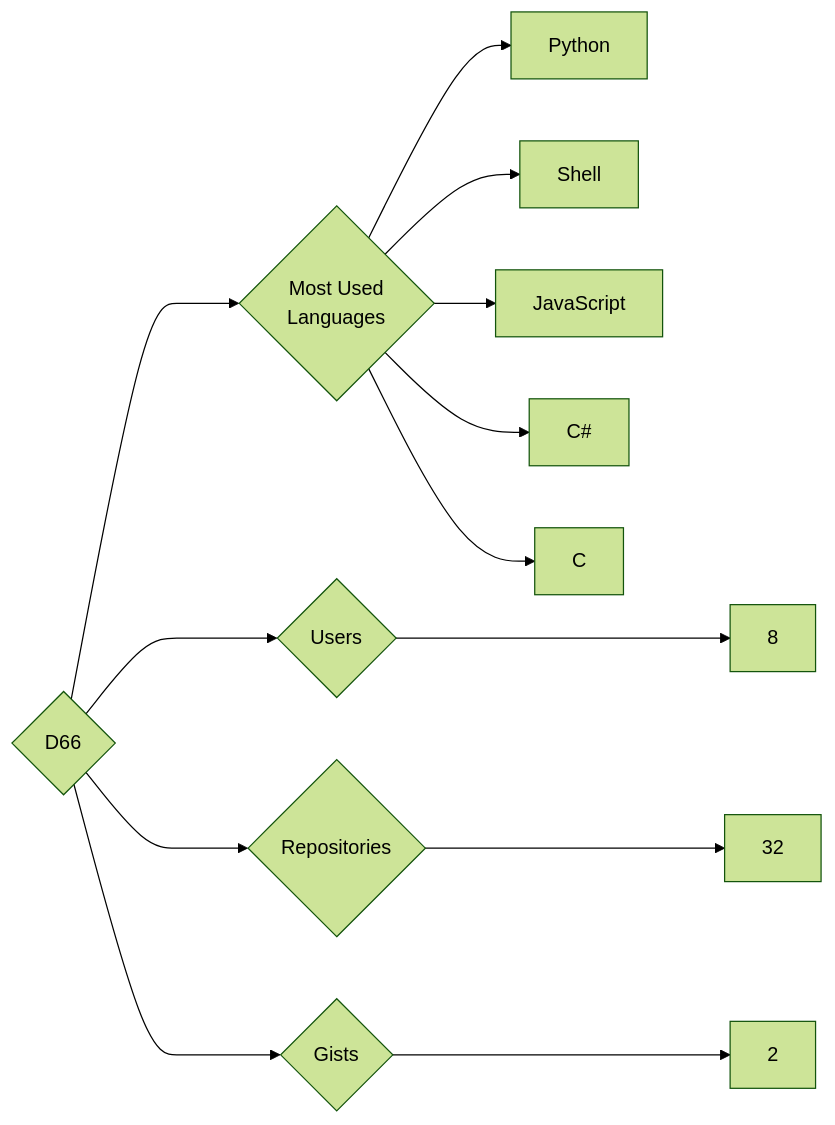
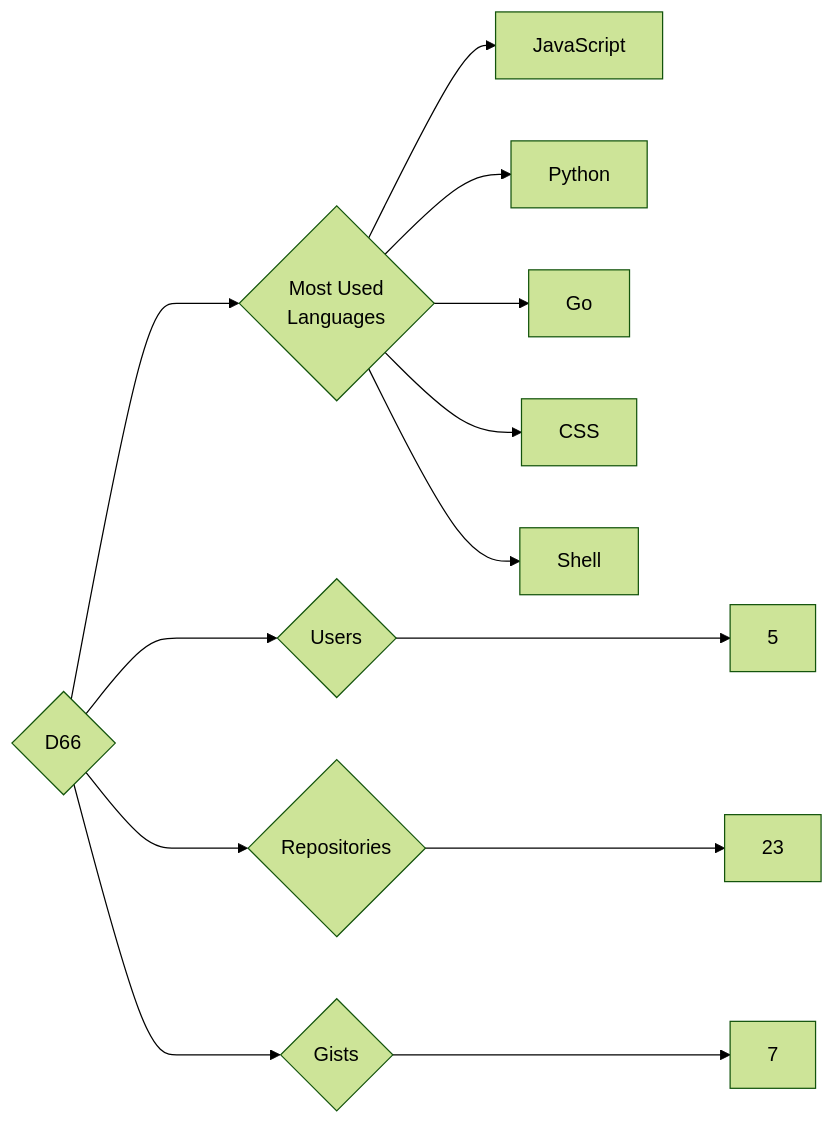
The diagram in targets/D66/README.md (trickest/insiders), drawn with Mermaid (forest theme) before and after one commit. The commit also changed 699 other files, not shown here.

````diff
--- a/targets/D66/README.md
+++ b/targets/D66/README.md
@@ -3,13 +3,13 @@
 ```mermaid
 graph LR
 COMPANY_NAME{D66}
-COMPANY_NAME ---> U{Users} ---> UN[8]
-COMPANY_NAME ---> R{Repositories} ---> RN[32]
-COMPANY_NAME ---> G{Gists} ---> GN[2]
+COMPANY_NAME ---> U{Users} ---> UN[5]
+COMPANY_NAME ---> R{Repositories} ---> RN[23]
+COMPANY_NAME ---> G{Gists} ---> GN[7]
 COMPANY_NAME ---> ML{Most Used<br>Languages}
+ML --> JavaScript[JavaScript]
 ML --> Python[Python]
+ML --> Go[Go]
+ML --> CSS[CSS]
 ML --> Shell[Shell]
-ML --> JavaScript[JavaScript]
-ML --> C#[C#]
-ML --> C[C]
 ```
````
